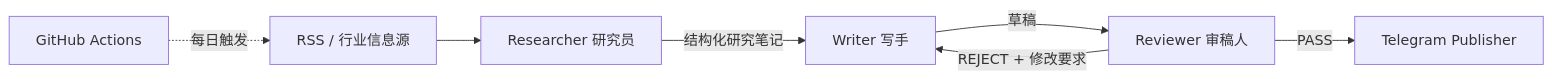
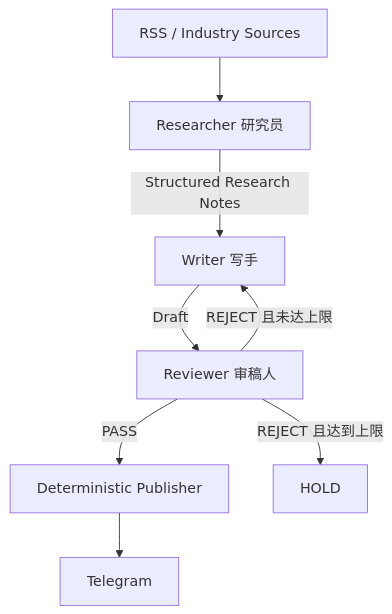
One commit to MartinKuai/chip-news-ai-workflow changed the diagram in README.md. Above: the diagram before and after it, drawn with Mermaid. The commit also changed other lines of this file and 25 other files, not shown here.

Commit message:
refactor: complete V2 editorial micro-graph

````diff
--- a/README.md
+++ b/README.md
@@ -19,9 +11,10 @@
 ```mermaid
-flowchart LR
-    A[RSS / 行业信息源] --> B[Researcher 研究员]
-    B -->|结构化研究笔记| C[Writer 写手]
-    C -->|草稿| D[Reviewer 审稿人]
-    D -->|PASS| E[Telegram Publisher]
-    D -->|REJECT + 修改要求| C
-    F[GitHub Actions] -. 每日触发 .-> A
+flowchart TD
+    A[RSS / Industry Sources] --> B[Researcher 研究员]
+    B -->|Structured Research Notes| C[Writer 写手]
+    C -->|Draft| D[Reviewer 审稿人]
+    D -->|PASS| E[Deterministic Publisher]
+    D -->|REJECT 且未达上限| C
+    D -->|REJECT 且达到上限| F[HOLD]
+    E --> G[Telegram]
 ```
````
